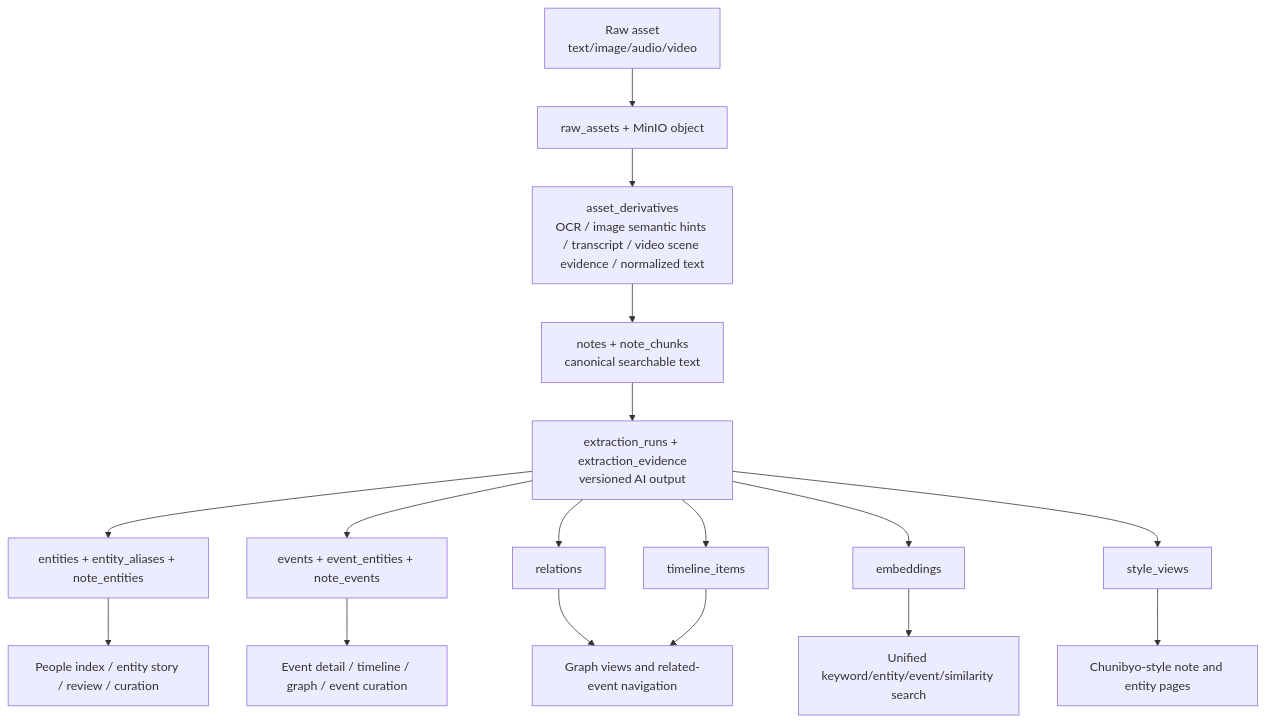
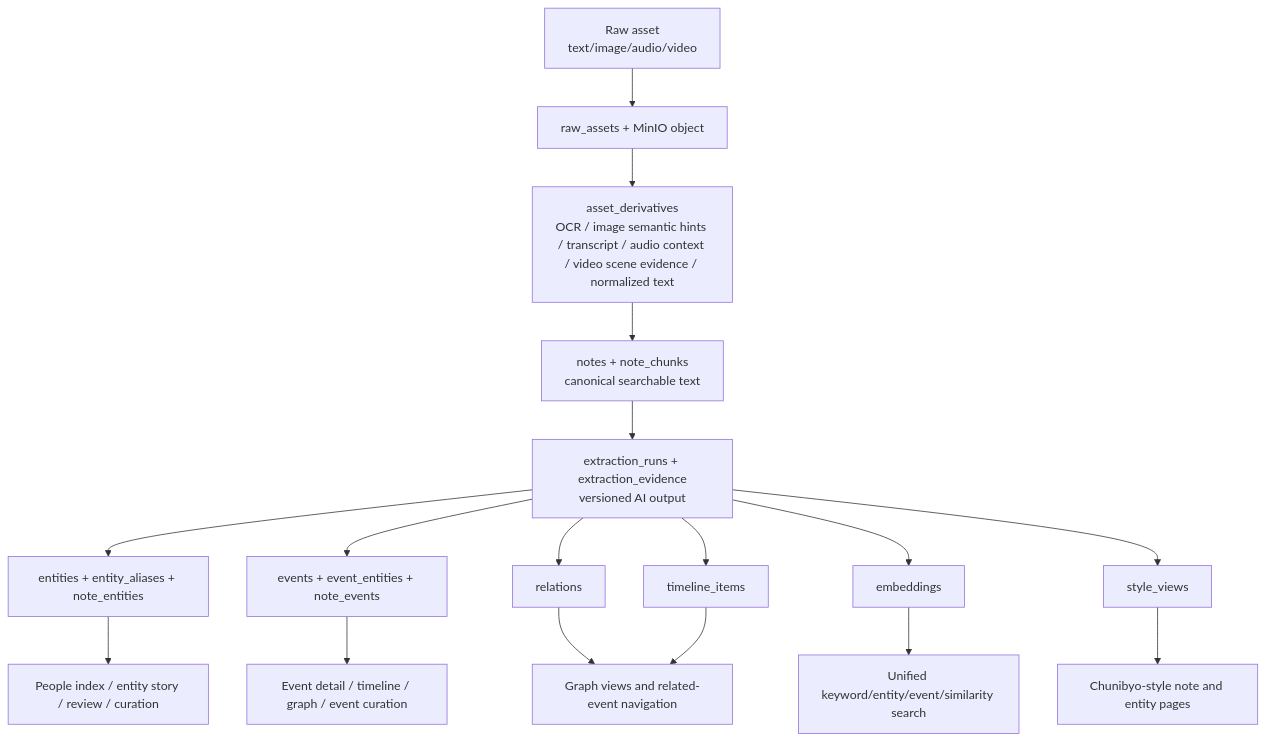
The third of 4 diagrams in docs/current-system-overview.md (cavendishers/-outlawer), drawn with Mermaid before and after one commit. The commit also changed other lines of this file and 12 other files, not shown here.

````diff
--- a/docs/current-system-overview.md
+++ b/docs/current-system-overview.md
@@ -51,19 +51,19 @@
 ```mermaid
 flowchart TD
     Raw["Raw asset<br/>text/image/audio/video"] --> RawStore["raw_assets + MinIO object"]
-    RawStore --> Derivative["asset_derivatives<br/>OCR / image semantic hints / transcript / video scene evidence / normalized text"]
+    RawStore --> Derivative["asset_derivatives<br/>OCR / image semantic hints / transcript / audio context / video scene evidence / normalized text"]
     Derivative --> Note["notes + note_chunks<br/>canonical searchable text"]
     Note --> Extraction["extraction_runs + extraction_evidence<br/>versioned AI output"]
     Extraction --> Entity["entities + entity_aliases + note_entities"]
     Extraction --> Event["events + event_entities + note_events"]
     Extraction --> Relation["relations"]
     Extraction --> Timeline["timeline_items"]
     Extraction --> Embedding["embeddings"]
     Extraction --> Story["style_views"]
     Entity --> Views["People index / entity story / review / curation"]
     Event --> Views2["Event detail / timeline / graph / event curation"]
     Relation --> Graph["Graph views and related-event navigation"]
     Timeline --> Graph
     Embedding --> Search["Unified keyword/entity/event/similarity search"]
     Story --> StoryViews["Chunibyo-style note and entity pages"]
 ```
````
